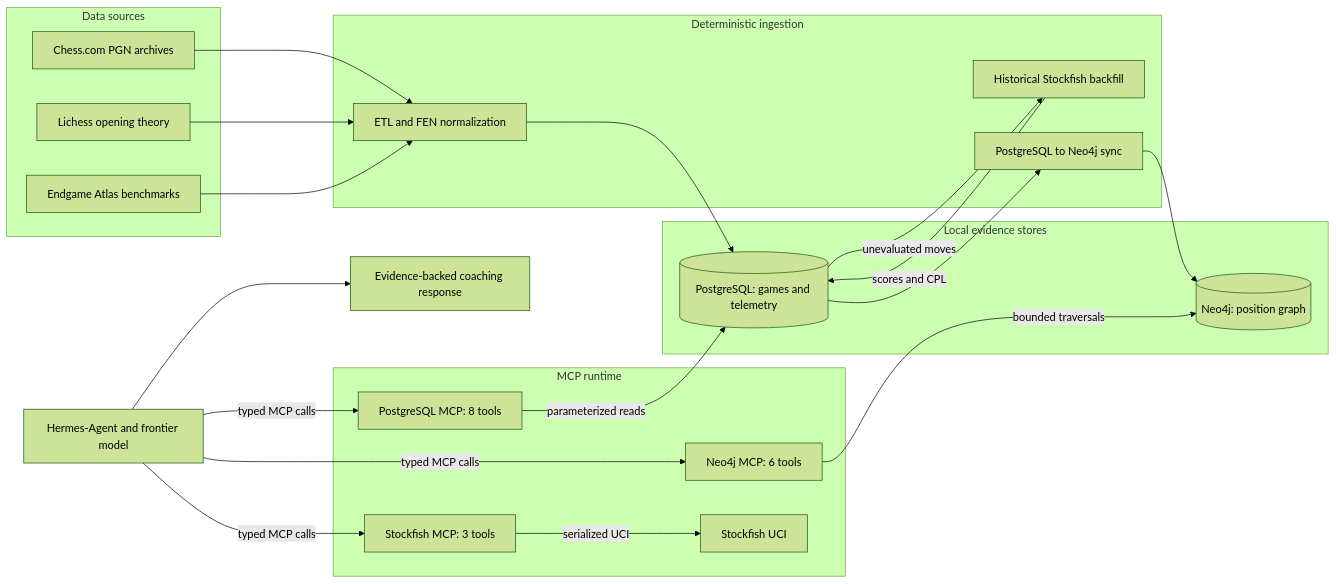
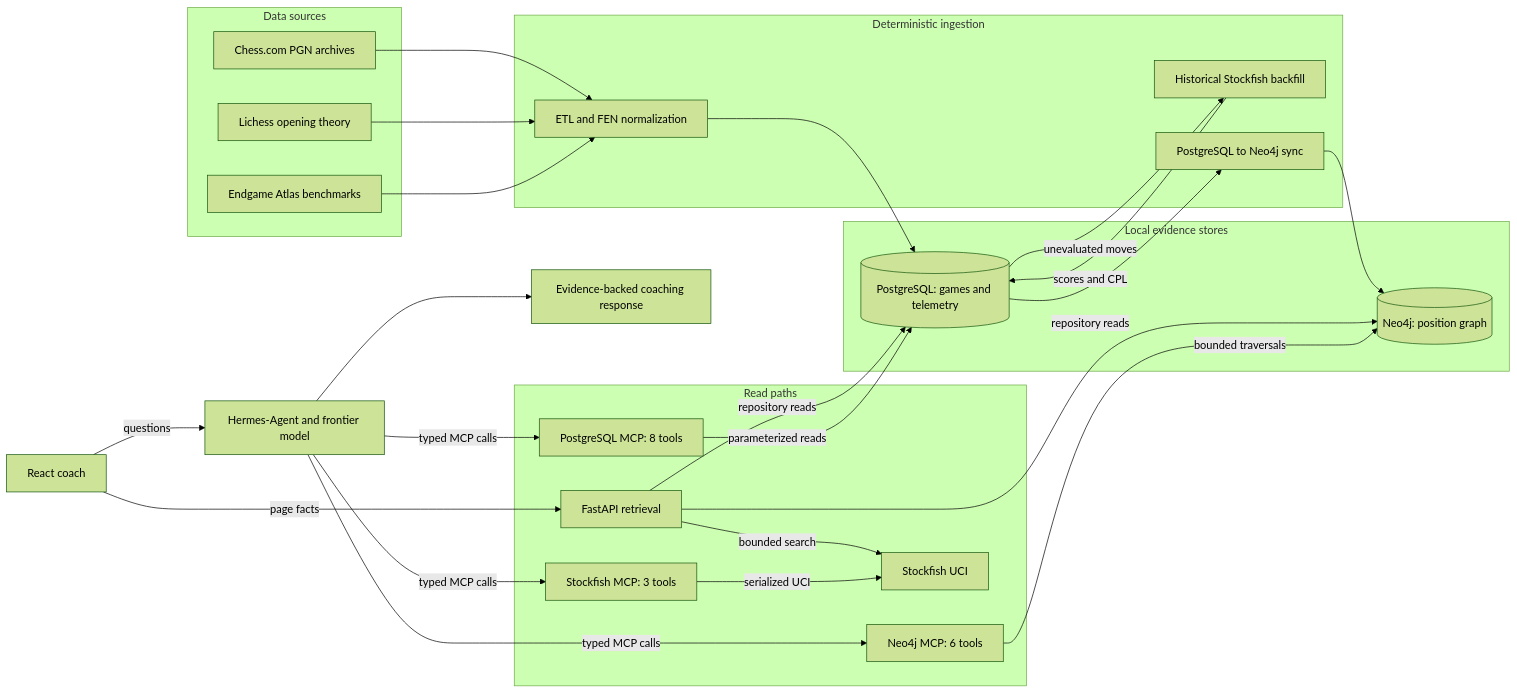
Before and after one commit to JunENSAI/ChessGraph-MCP: the first of 2 diagrams in README.md, drawn with Mermaid (forest theme). The commit also changed other lines of this file and 14 other files, not shown here.

````diff
--- a/README.md
+++ b/README.md
@@ -45,46 +47,53 @@
 ```mermaid
 flowchart LR
     subgraph sources [Data sources]
         pgn["Chess.com PGN archives"]
         openings["Lichess opening theory"]
         endgames["Endgame Atlas benchmarks"]
     end
 
     subgraph ingestion [Deterministic ingestion]
         normalizer["ETL and FEN normalization"]
         backfill["Historical Stockfish backfill"]
         graphSync["PostgreSQL to Neo4j sync"]
     end
 
     subgraph knowledge [Local evidence stores]
         postgres[("PostgreSQL: games and telemetry")]
         neo4j[("Neo4j: position graph")]
     end
 
-    subgraph runtime [MCP runtime]
+    subgraph runtime [Read paths]
+        api["FastAPI retrieval"]
         pgMcp["PostgreSQL MCP: 8 tools"]
         graphMcp["Neo4j MCP: 6 tools"]
         sfMcp["Stockfish MCP: 3 tools"]
         stockfish["Stockfish UCI"]
     end
 
+    ui["React coach"]
     host["Hermes-Agent and frontier model"]
     coach["Evidence-backed coaching response"]
 
     pgn --> normalizer
     openings --> normalizer
     endgames --> normalizer
     normalizer --> postgres
     postgres -->|"unevaluated moves"| backfill
     backfill -->|"scores and CPL"| postgres
     postgres --> graphSync
     graphSync --> neo4j
 
+    ui -->|"page facts"| api
+    ui -->|"questions"| host
+    api -->|"repository reads"| postgres
+    api -->|"repository reads"| neo4j
+    api -->|"bounded search"| stockfish
     host -->|"typed MCP calls"| pgMcp
     host -->|"typed MCP calls"| graphMcp
     host -->|"typed MCP calls"| sfMcp
     pgMcp -->|"parameterized reads"| postgres
     graphMcp -->|"bounded traversals"| neo4j
     sfMcp -->|"serialized UCI"| stockfish
     host --> coach
 ```
````
